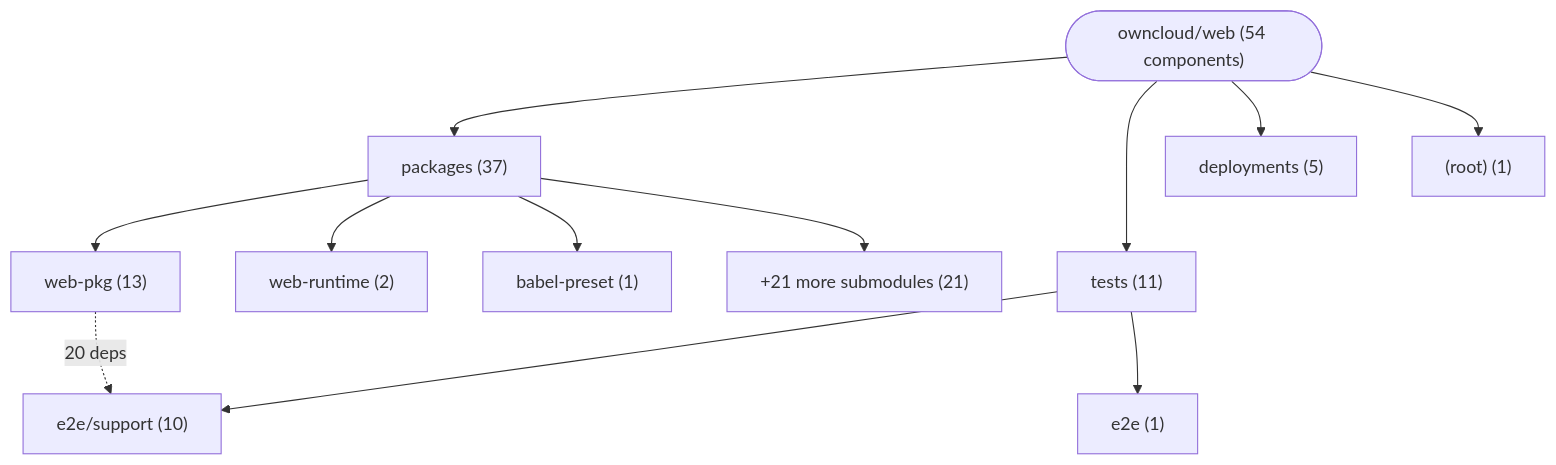
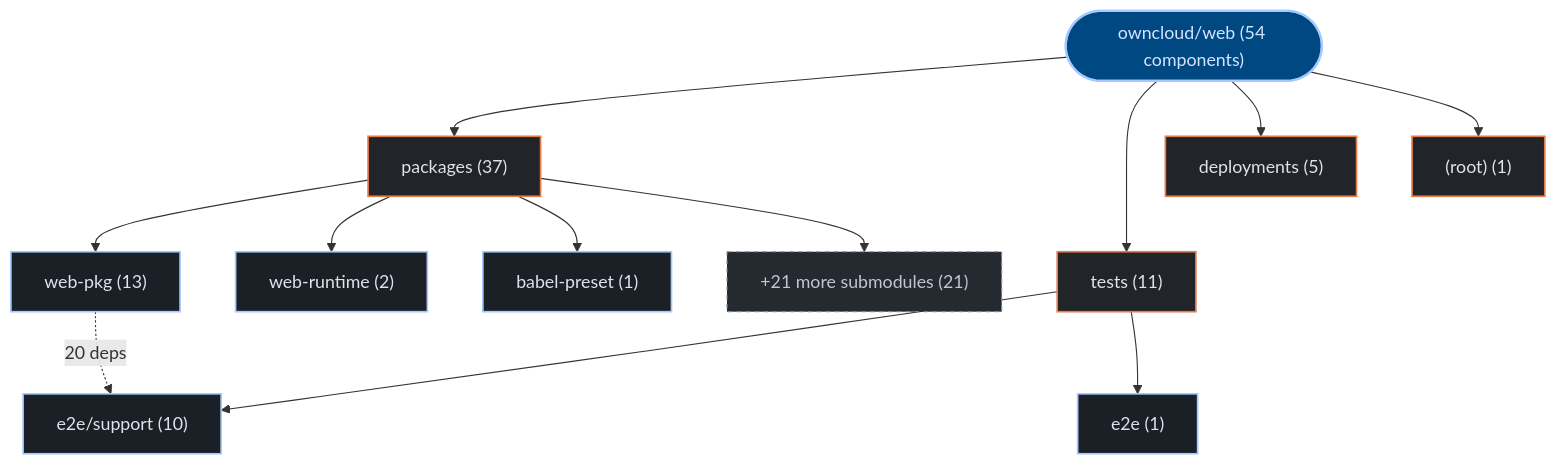
One commit to kumarshaz/atruss-code-atlas changed the first of 3 diagrams in exports/latest/reports/owncloud-web-report.md. Above: the diagram before and after it, drawn with Mermaid. The commit also changed other lines of this file and 331 other files, not shown here.

Commit message:
docs,ui,fix: update SDLC docs, reorder CI/CD DAG first, stylize Mermaid, and fix Arc42 pipeline topology

````diff
--- a/exports/latest/reports/owncloud-web-report.md
+++ b/exports/latest/reports/owncloud-web-report.md
@@ -42,25 +42,32 @@
 ```mermaid
 graph TD;
-    repo_root(["owncloud/web (54 components)"])
-    dir_0_packages["packages (37)"]
+  classDef atlasRoot fill:#004882,stroke:#a3c9ff,stroke-width:2px,color:#d3e4ff
+  classDef atlasCategory fill:#212428,stroke:#E87A48,stroke-width:1.5px,color:#dfe3eb
+  classDef atlasWorkflow fill:#1b2026,stroke:#a3c9ff,stroke-width:1.5px,color:#dfe3eb
+  classDef atlasJob fill:#171c22,stroke:#8d9199,stroke-width:1px,color:#dfe3eb
+  classDef atlasTarget fill:#005227,stroke:#8bd99b,stroke-width:1.5px,color:#a7f6b6
+  classDef atlasAlert fill:#93000a,stroke:#ffb4ab,stroke-width:1.5px,color:#ffdad6
+  classDef atlasMore fill:#252a31,stroke:#8d9199,stroke-dasharray:4 4,color:#c3c6cf
+    repo_root(["owncloud/web (54 components)"]):::atlasRoot
+    dir_0_packages["packages (37)"]:::atlasCategory
     repo_root --> dir_0_packages
-    sub_0_0_web_pkg["web-pkg (13)"]
+    sub_0_0_web_pkg["web-pkg (13)"]:::atlasWorkflow
     dir_0_packages --> sub_0_0_web_pkg
-    sub_0_1_web_runtime["web-runtime (2)"]
+    sub_0_1_web_runtime["web-runtime (2)"]:::atlasWorkflow
     dir_0_packages --> sub_0_1_web_runtime
-    sub_0_2_babel_preset["babel-preset (1)"]
+    sub_0_2_babel_preset["babel-preset (1)"]:::atlasWorkflow
     dir_0_packages --> sub_0_2_babel_preset
-    sub_0_more["+21 more submodules (21)"]
+    sub_0_more["+21 more submodules (21)"]:::atlasMore
     dir_0_packages --> sub_0_more
-    dir_1_tests["tests (11)"]
+    dir_1_tests["tests (11)"]:::atlasCategory
     repo_root --> dir_1_tests
-    sub_1_0_e2e_support["e2e/support (10)"]
+    sub_1_0_e2e_support["e2e/support (10)"]:::atlasWorkflow
     dir_1_tests --> sub_1_0_e2e_support
-    sub_1_1_e2e["e2e (1)"]
+    sub_1_1_e2e["e2e (1)"]:::atlasWorkflow
     dir_1_tests --> sub_1_1_e2e
-    dir_2_deployments["deployments (5)"]
+    dir_2_deployments["deployments (5)"]:::atlasCategory
     repo_root --> dir_2_deployments
-    dir_3__root_["(root) (1)"]
+    dir_3__root_["(root) (1)"]:::atlasCategory
     repo_root --> dir_3__root_
     sub_0_0_web_pkg -.->|"20 deps"| sub_1_0_e2e_support
 ```
````
